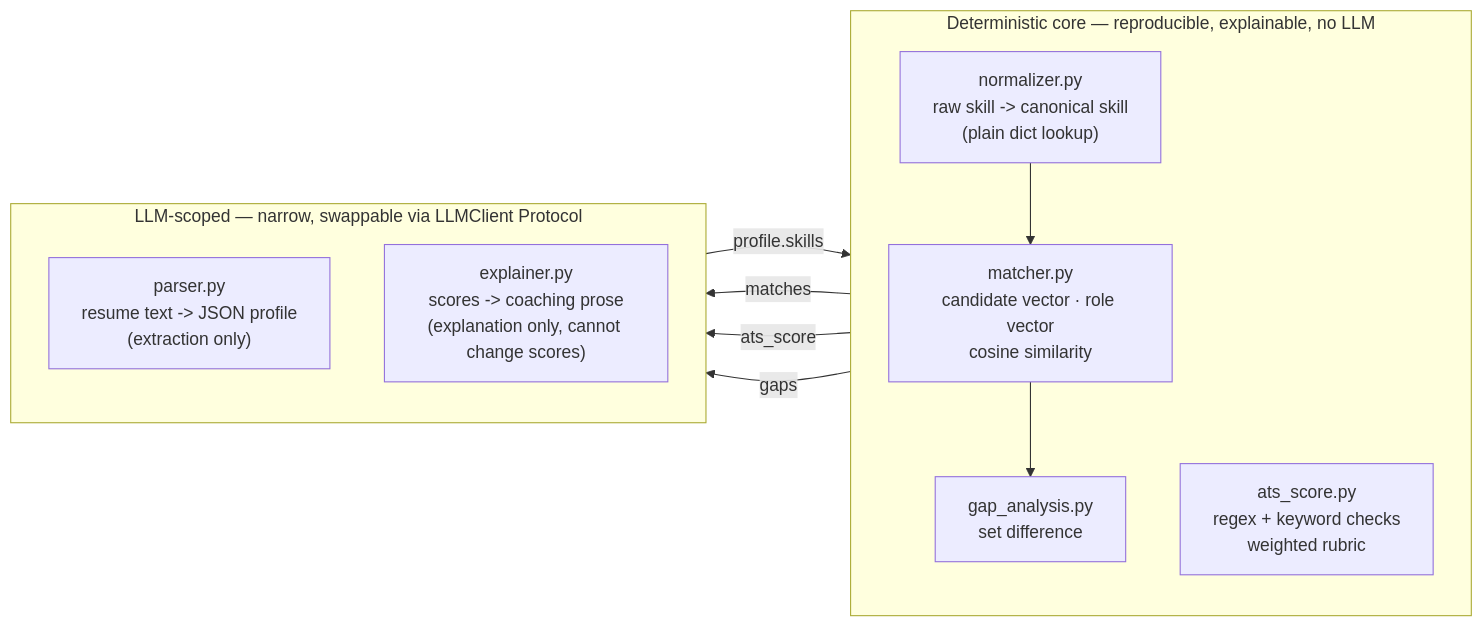
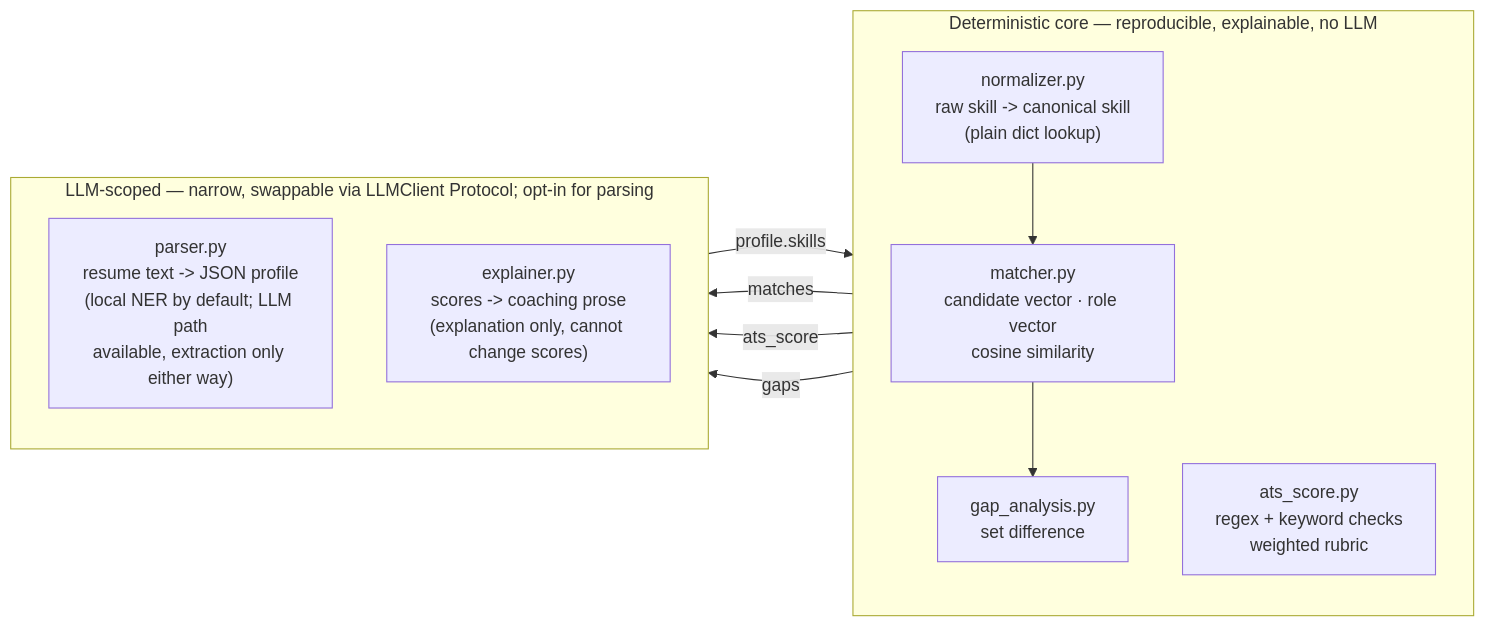
The second of 3 diagrams in docs/architecture.md (biswas2200/Smart-Resume-Analyzer-and-Job-Recommendation-System), drawn with Mermaid before and after one commit. The commit also changed other lines of this file and 96 other files, not shown here.

````diff
--- a/docs/architecture.md
+++ b/docs/architecture.md
@@ -71,21 +76,21 @@
 ```mermaid
 flowchart LR
     subgraph Deterministic["Deterministic core — reproducible, explainable, no LLM"]
         direction TB
         N["normalizer.py\nraw skill -> canonical skill\n(plain dict lookup)"]
         M["matcher.py\ncandidate vector · role vector\ncosine similarity"]
         A["ats_score.py\nregex + keyword checks\nweighted rubric"]
         G["gap_analysis.py\nset difference"]
         N --> M
     end
-    subgraph LLMScoped["LLM-scoped — narrow, swappable via LLMClient Protocol"]
+    subgraph LLMScoped["LLM-scoped — narrow, swappable via LLMClient Protocol; opt-in for parsing"]
         direction TB
-        P["parser.py\nresume text -> JSON profile\n(extraction only)"]
+        P["parser.py\nresume text -> JSON profile\n(local NER by default; LLM path\navailable, extraction only either way)"]
         E["explainer.py\nscores -> coaching prose\n(explanation only, cannot change scores)"]
     end
     P -->|profile.skills| N
     M --> G
     M -->|matches| E
     A -->|ats_score| E
     G -->|gaps| E
 ```
````
